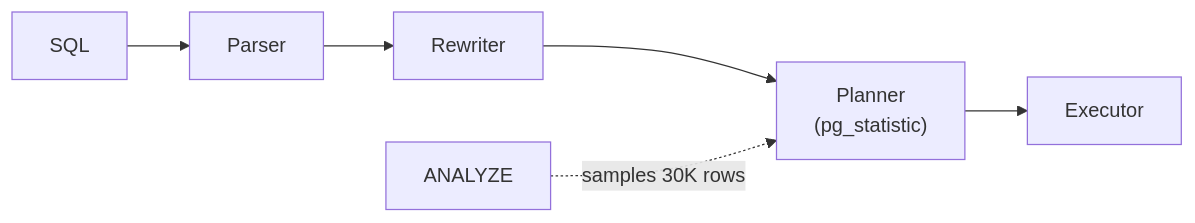
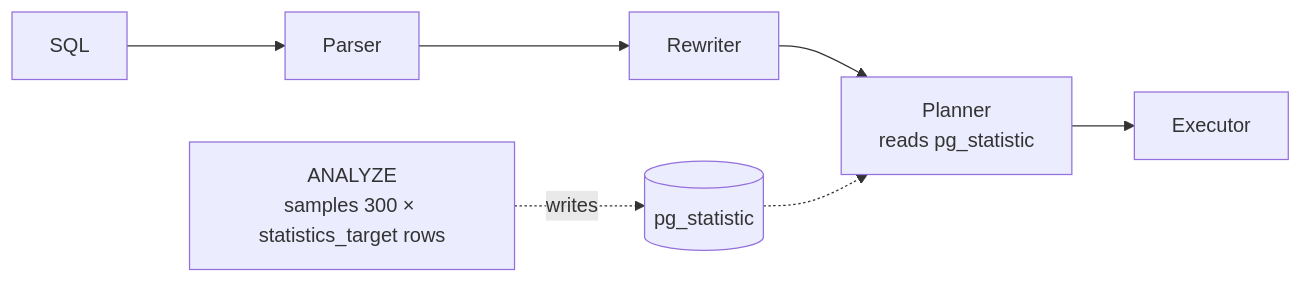
Before and after one commit to wesamkhateeb98-creator/postgresql-zero-to-hero: the diagram in Doc/07-internals/04-planner-stats.md, drawn with Mermaid. The commit also changed other lines of this file and 29 other files, not shown here.

````diff
--- a/Doc/07-internals/04-planner-stats.md
+++ b/Doc/07-internals/04-planner-stats.md
@@ -5,5 +9,6 @@
 ```mermaid
 flowchart LR
-    SQL["SQL"] --> P["Parser"] --> RW["Rewriter"] --> PL["Planner<br/>(pg_statistic)"] --> EX["Executor"]
-    AN["ANALYZE"] -.->|"samples 30K rows"| PL
+    SQL["SQL"] --> P["Parser"] --> RW["Rewriter"] --> PL["Planner<br/>reads pg_statistic"] --> EX["Executor"]
+    AN["ANALYZE<br/>samples 300 × statistics_target rows"] -.->|"writes"| ST[("pg_statistic")]
+    ST -.-> PL
 ```
````
